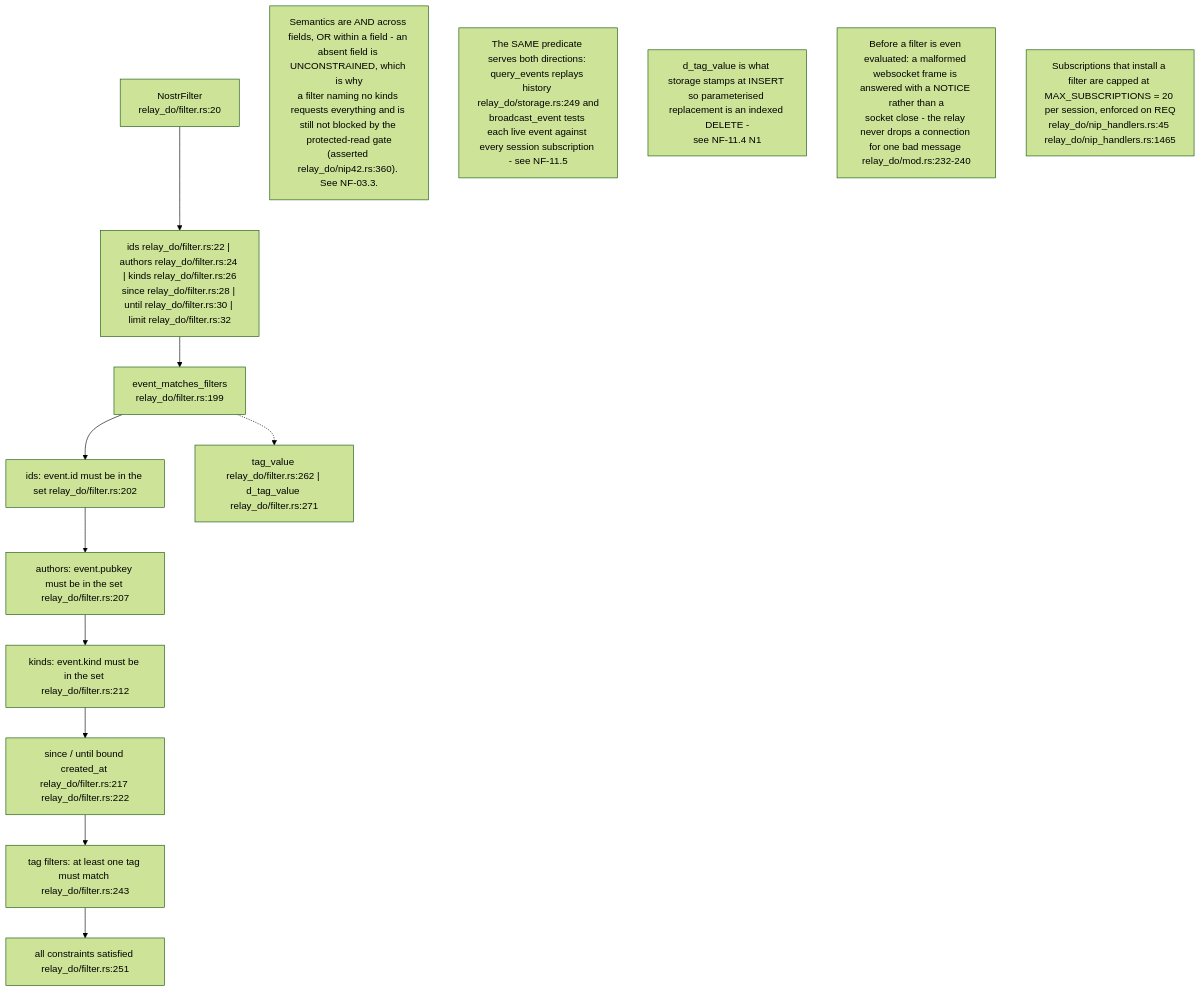
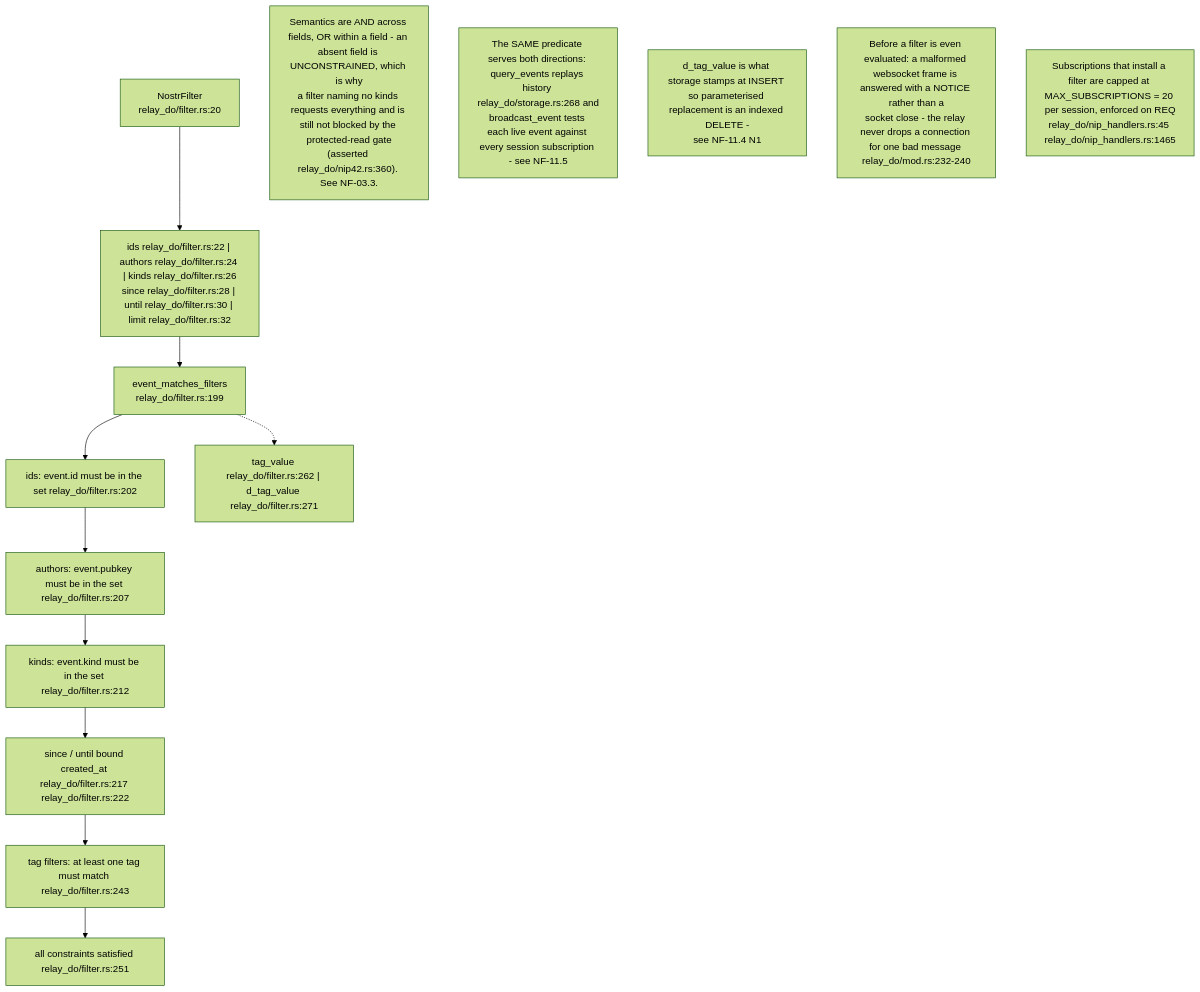
One commit to DreamLab-AI/VisionFlow changed the fifth of 16 diagrams in docs/diagrams/nostr-rust-forum/11-relay-durable-object-internals.md. Above: the diagram before and after it, drawn with Mermaid (forest theme). The commit also changed other lines of this file and 26 other files, not shown here.

First line of the commit message:
docs(diagrams): re-verify solid-pod-rs, nostr-rust-forum and visionclaw 22/36 against HEAD

````diff
--- a/docs/diagrams/nostr-rust-forum/11-relay-durable-object-internals.md
+++ b/docs/diagrams/nostr-rust-forum/11-relay-durable-object-internals.md
@@ -156,23 +160,23 @@
 ```mermaid
 flowchart TB
     F["NostrFilter<br/>relay_do/filter.rs:20"]
     FLDS["ids relay_do/filter.rs:22 | authors relay_do/filter.rs:24 | kinds relay_do/filter.rs:26<br/>since relay_do/filter.rs:28 | until relay_do/filter.rs:30 | limit relay_do/filter.rs:32"]
     M["event_matches_filters<br/>relay_do/filter.rs:199"]
     C1["ids: event.id must be in the set relay_do/filter.rs:202"]
     C2["authors: event.pubkey must be in the set relay_do/filter.rs:207"]
     C3["kinds: event.kind must be in the set relay_do/filter.rs:212"]
     C4["since / until bound created_at relay_do/filter.rs:217 relay_do/filter.rs:222"]
     C5["tag filters: at least one tag must match relay_do/filter.rs:243"]
     OK["all constraints satisfied relay_do/filter.rs:251"]
     HELP["tag_value relay_do/filter.rs:262 | d_tag_value relay_do/filter.rs:271"]
 
     F --> FLDS --> M
     M --> C1 --> C2 --> C3 --> C4 --> C5 --> OK
     M -.-> HELP
 
     N1["Semantics are AND across fields, OR within a field - an absent field is UNCONSTRAINED, which is why<br/>a filter naming no kinds requests everything and is still not blocked by the protected-read gate<br/>(asserted relay_do/nip42.rs:360). See NF-03.3."]
-    N2["The SAME predicate serves both directions: query_events replays history relay_do/storage.rs:249 and<br/>broadcast_event tests each live event against every session subscription - see NF-11.5"]
+    N2["The SAME predicate serves both directions: query_events replays history relay_do/storage.rs:268 and<br/>broadcast_event tests each live event against every session subscription - see NF-11.5"]
     N3["d_tag_value is what storage stamps at INSERT so parameterised replacement is an indexed DELETE -<br/>see NF-11.4 N1"]
     N4["Before a filter is even evaluated: a malformed websocket frame is answered with a NOTICE rather than a<br/>socket close - the relay never drops a connection for one bad message relay_do/mod.rs:232-240"]
     N5["Subscriptions that install a filter are capped at MAX_SUBSCRIPTIONS = 20 per session, enforced on REQ<br/>relay_do/nip_handlers.rs:45 relay_do/nip_handlers.rs:1465"]
 ```
````
